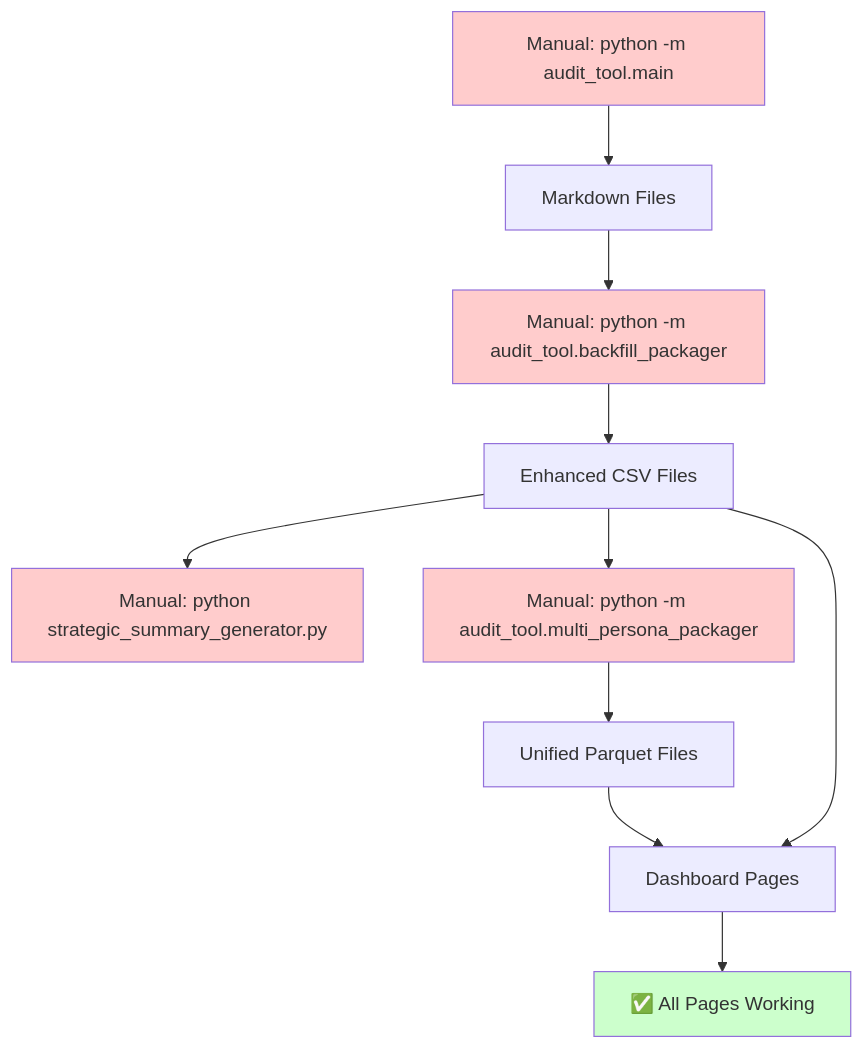
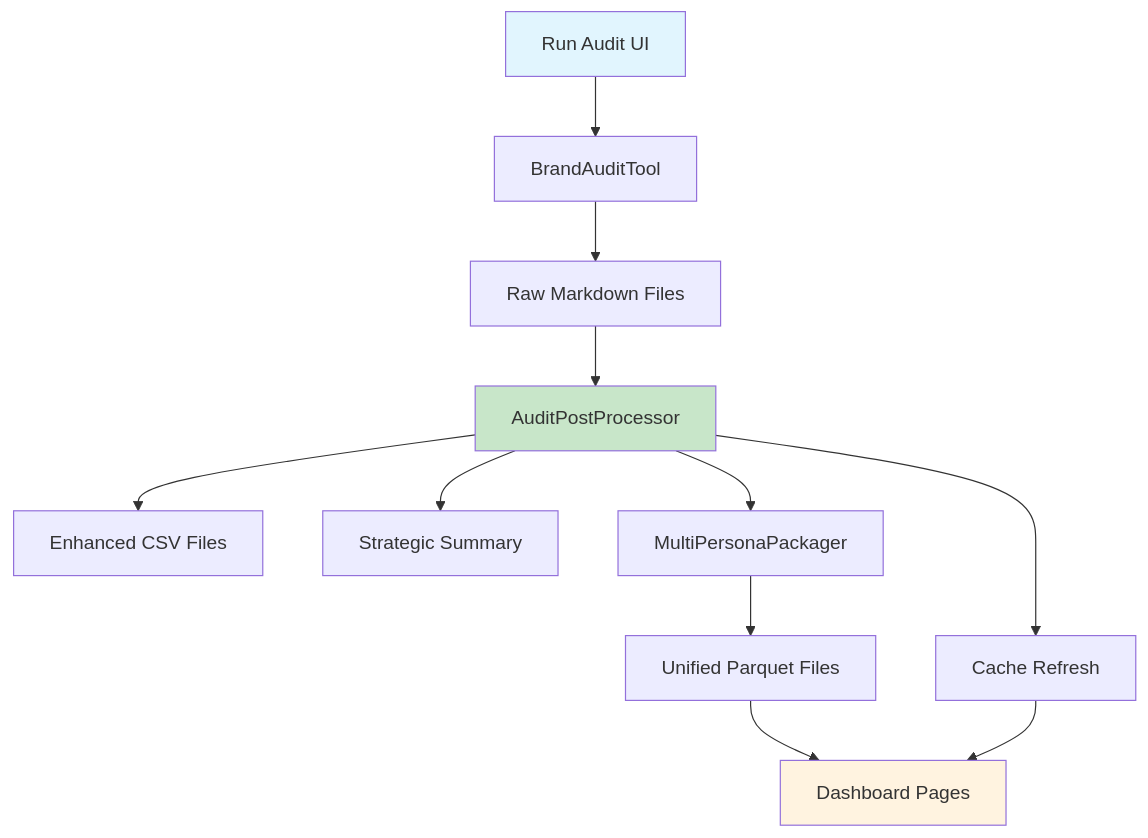
The diagram in product/data_strategy.md (jasonlmagnus/sopra_steria), drawn with Mermaid before and after one commit. The commit also changed other lines of this file and 4 other files, not shown here.

First line of the commit message:
docs: Update all product documentation to reflect completed automation and 9-page dashboard implementation

````diff
--- a/product/data_strategy.md
+++ b/product/data_strategy.md
@@ -272,18 +168,18 @@
 ```mermaid
 graph TD
-    A[Manual: python -m audit_tool.main] --> B[Markdown Files]
-    B --> C[Manual: python -m audit_tool.backfill_packager]
-    C --> D[Enhanced CSV Files]
-    D --> E[Manual: python strategic_summary_generator.py]
-    D --> F[Manual: python -m audit_tool.multi_persona_packager]
-    F --> G[Unified Parquet Files]
-    G --> H[Dashboard Pages]
-    D --> H
-    H --> I[✅ All Pages Working]
+    A[Run Audit UI] --> B[BrandAuditTool]
+    B --> C[Raw Markdown Files]
+    C --> D[AuditPostProcessor]
+    D --> E[Enhanced CSV Files]
+    D --> F[Strategic Summary]
+    D --> G[MultiPersonaPackager]
+    G --> H[Unified Parquet Files]
+    H --> I[Dashboard Pages]
 
-    style A fill:#ffcccc
-    style C fill:#ffcccc
-    style E fill:#ffcccc
-    style F fill:#ffcccc
-    style I fill:#ccffcc
+    D --> J[Cache Refresh]
+    J --> I
+
+    style A fill:#e1f5fe
+    style D fill:#c8e6c9
+    style I fill:#fff3e0
 ```
````
